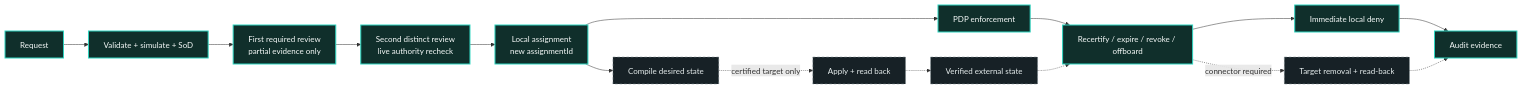
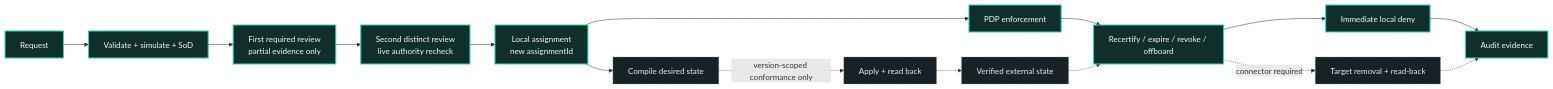
Before and after one commit to mkbhardwas12/purposemesh: the third of 3 diagrams in docs/ARCHITECTURE.md, drawn with Mermaid. The commit also changed other lines of this file and 20 other files, not shown here.

````diff
--- a/docs/ARCHITECTURE.md
+++ b/docs/ARCHITECTURE.md
@@ -631,22 +632,22 @@
 ```mermaid
 flowchart LR
   REQUEST["Request"] --> VALIDATE["Validate + simulate + SoD"]
   VALIDATE --> REVIEW1["First required review<br/>partial evidence only"]
   REVIEW1 --> REVIEW2["Second distinct review<br/>live authority recheck"]
   REVIEW2 --> ASSIGN["Local assignment<br/>new assignmentId"]
   ASSIGN --> DECIDE["PDP enforcement"]
   ASSIGN --> COMPILE["Compile desired state"]
-  COMPILE -. "certified target only" .-> APPLY["Apply + read back"]
+  COMPILE -. "version-scoped conformance only" .-> APPLY["Apply + read back"]
   APPLY -.-> ACTIVE["Verified external state"]
   DECIDE --> REVIEW["Recertify / expire / revoke / offboard"]
   ACTIVE -.-> REVIEW
   REVIEW --> DENY["Immediate local deny"]
   REVIEW -. "connector required" .-> REMOVE["Target removal + read-back"]
   DENY --> EVIDENCE["Audit evidence"]
   REMOVE -.-> EVIDENCE
 
   classDef current fill:#102f2b,stroke:#2dd4bf,color:#f7fbfa,stroke-width:2px;
   classDef future fill:#172126,stroke:#809196,color:#e7eeee,stroke-dasharray:5 4;
   class REQUEST,VALIDATE,REVIEW1,REVIEW2,ASSIGN,DECIDE,REVIEW,DENY,EVIDENCE current;
   class COMPILE,APPLY,ACTIVE,REMOVE future;
 ```
````
